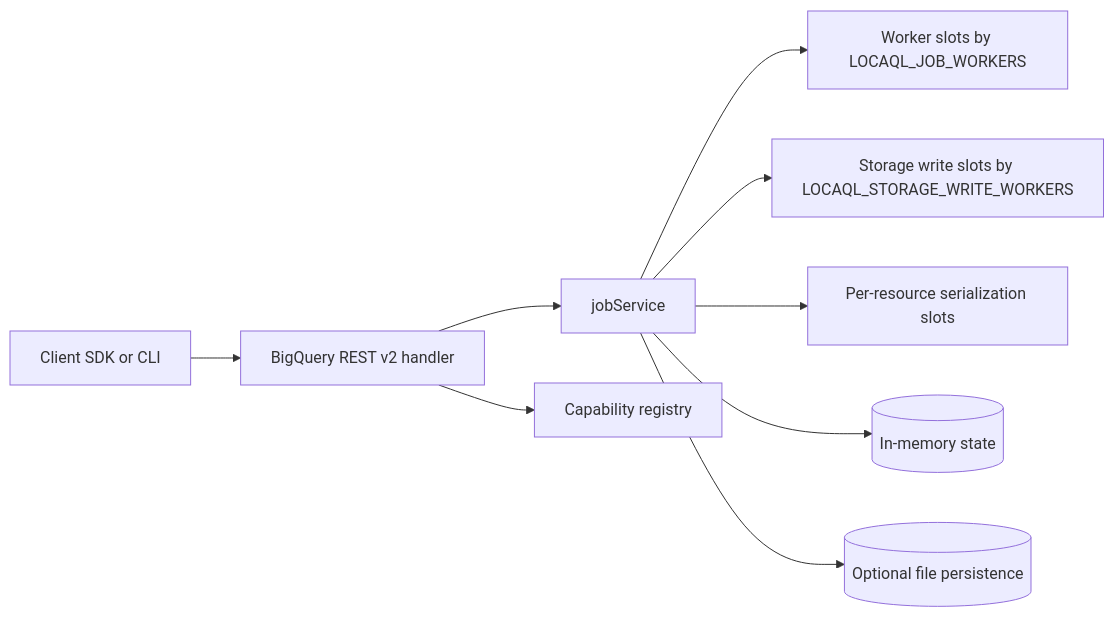
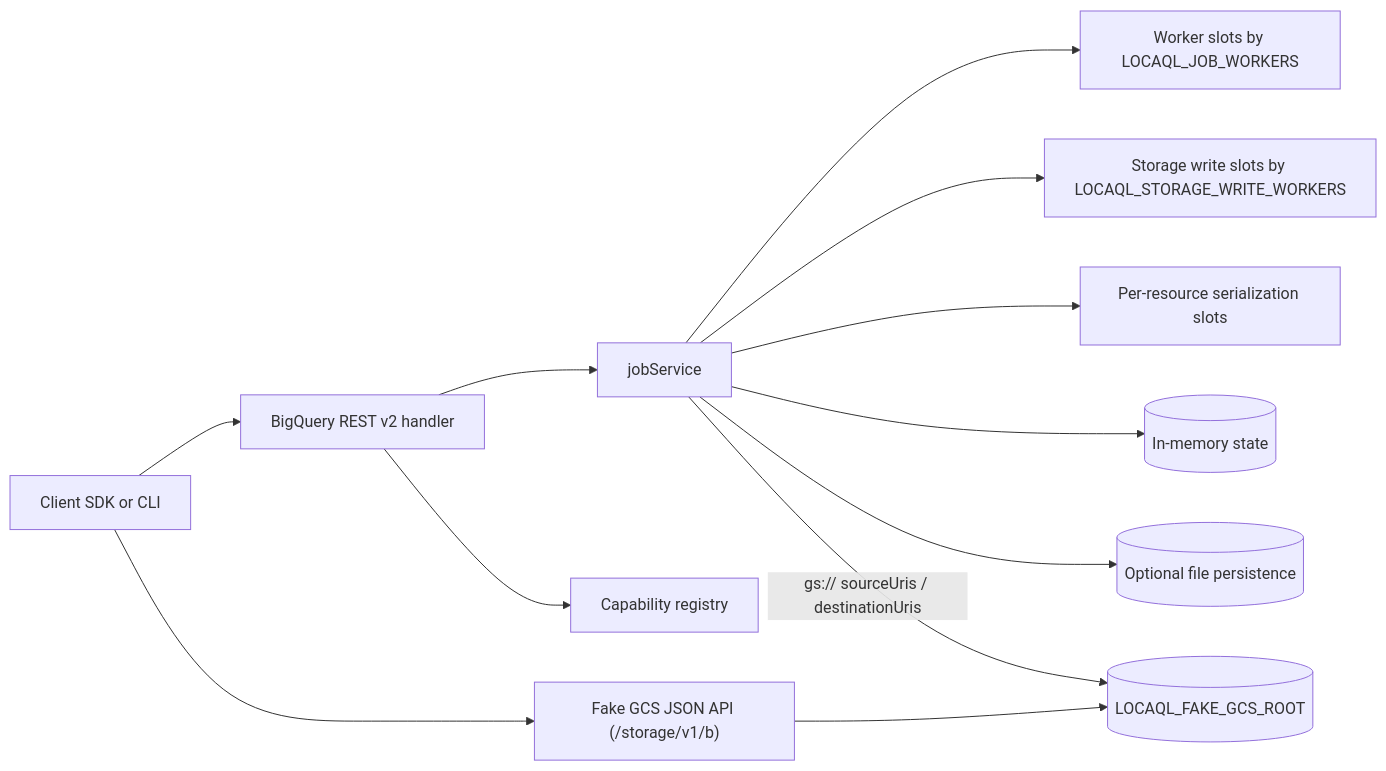
Before and after one commit to lraigosov/LocaQL: the first of 5 diagrams in README.md, drawn with Mermaid. The commit also changed other lines of this file and 16 other files, not shown here.

````diff
--- a/README.md
+++ b/README.md
@@ -100,11 +103,14 @@
 ```mermaid
 flowchart LR
 	Client[Client SDK or CLI] --> REST[BigQuery REST v2 handler]
+	Client --> GCSApi["Fake GCS JSON API (/storage/v1/b)"]
 	REST --> JobService[jobService]
 	REST --> Registry[Capability registry]
 	JobService --> WorkerSlots[Worker slots by LOCAQL_JOB_WORKERS]
 	JobService --> StorageSlots[Storage write slots by LOCAQL_STORAGE_WRITE_WORKERS]
 	JobService --> ResourceSlots[Per-resource serialization slots]
 	JobService --> StateStore[(In-memory state)]
 	JobService --> Persist[(Optional file persistence)]
+	JobService -->|"gs:// sourceUris / destinationUris"| FakeGCSRoot[(LOCAQL_FAKE_GCS_ROOT)]
+	GCSApi --> FakeGCSRoot
 ```
````
